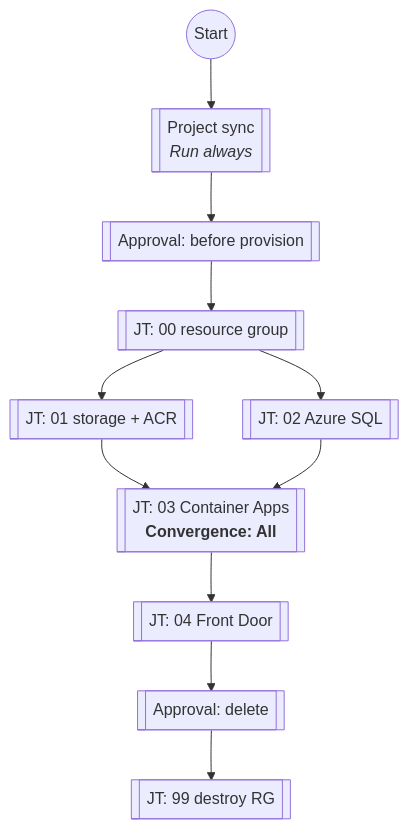
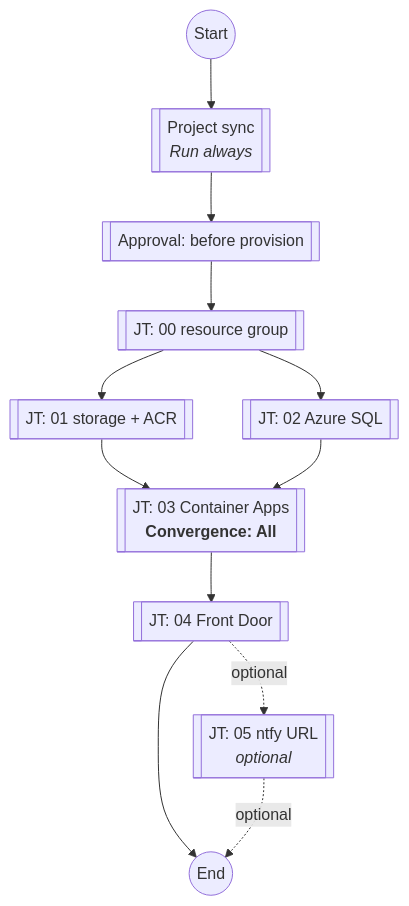
Before and after one commit to furiatona/aap-azure-demos: the first of 2 diagrams in project/JOB_WORKFLOW.md, drawn with Mermaid. The commit also changed other lines of this file and 6 other files, not shown here.

````diff
--- a/project/JOB_WORKFLOW.md
+++ b/project/JOB_WORKFLOW.md
@@ -24,23 +24,24 @@
 ```mermaid
 flowchart TB
   START((Start))
   PS[["Project sync<br/><i>Run always</i>"]]
   AP1[["Approval: before provision"]]
   JT00[["JT: 00 resource group"]]
   JT01[["JT: 01 storage + ACR"]]
   JT02[["JT: 02 Azure SQL"]]
   JT03[["JT: 03 Container Apps<br/><b>Convergence: All</b>"]]
   JT04[["JT: 04 Front Door"]]
-  APD[["Approval: delete"]]
-  JT99[["JT: 99 destroy RG"]]
+  JT05[["JT: 05 ntfy URL<br/><i>optional</i>"]]
+  END((End))
   START --> PS
   PS --> AP1
   AP1 --> JT00
   JT00 --> JT01
   JT00 --> JT02
   JT01 --> JT03
   JT02 --> JT03
   JT03 --> JT04
-  JT04 --> APD
-  APD --> JT99
+  JT04 --> END
+  JT04 -.->|optional| JT05
+  JT05 -.->|optional| END
 ```
````
